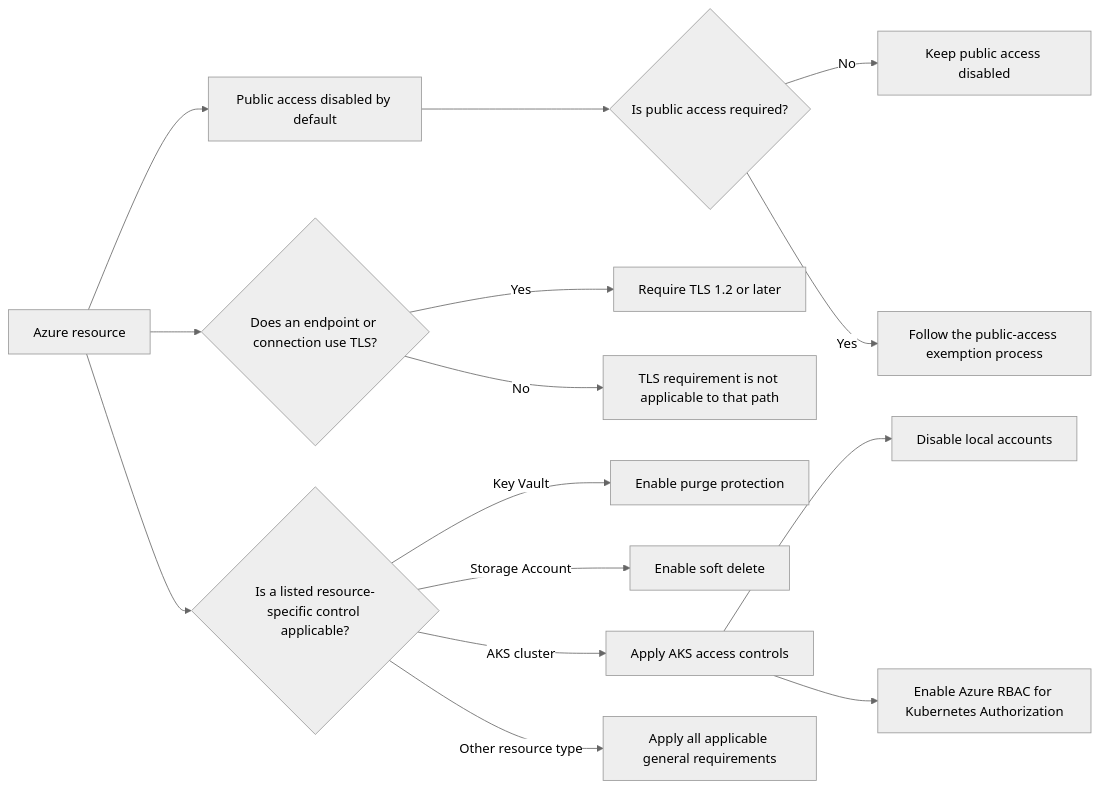
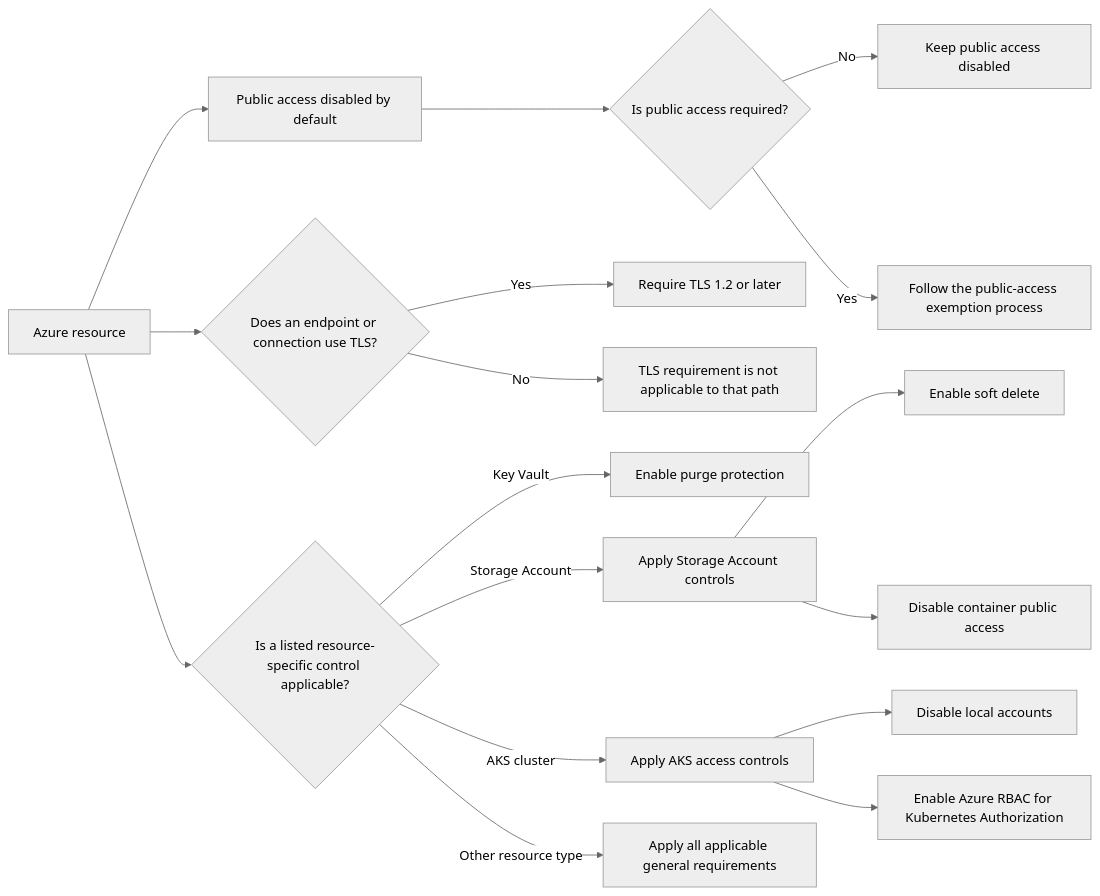
One commit to santosrodriguez/cloud-platform-documentation changed the diagram in security/resource-security-baseline.md. Above: the diagram before and after it, drawn with Mermaid (neutral theme). The commit also changed other lines of this file and 10 other files, not shown here.

Commit message:
Document disabled Storage container public access

````diff
--- a/security/resource-security-baseline.md
+++ b/security/resource-security-baseline.md
@@ -41,17 +42,19 @@
 ```mermaid
 flowchart LR
     resource["Azure resource"] --> public["Public access disabled by default"]
     resource --> tlsCheck{"Does an endpoint or connection use TLS?"}
     tlsCheck -->|"Yes"| tls["Require TLS 1.2 or later"]
     tlsCheck -->|"No"| tlsNA["TLS requirement is not applicable to that path"]
     resource --> type{"Is a listed resource-specific control applicable?"}
     type -->|"Key Vault"| purge["Enable purge protection"]
-    type -->|"Storage Account"| softDelete["Enable soft delete"]
+    type -->|"Storage Account"| storageControls["Apply Storage Account controls"]
+    storageControls --> softDelete["Enable soft delete"]
+    storageControls --> containerAccess["Disable container public access"]
     type -->|"AKS cluster"| aksControls["Apply AKS access controls"]
     aksControls --> localAccounts["Disable local accounts"]
     aksControls --> azureRbac["Enable Azure RBAC for Kubernetes Authorization"]
     type -->|"Other resource type"| generalOnly["Apply all applicable general requirements"]
     public --> exception{"Is public access required?"}
     exception -->|"No"| keepPrivate["Keep public access disabled"]
     exception -->|"Yes"| exemption["Follow the public-access exemption process"]
 ```
````
